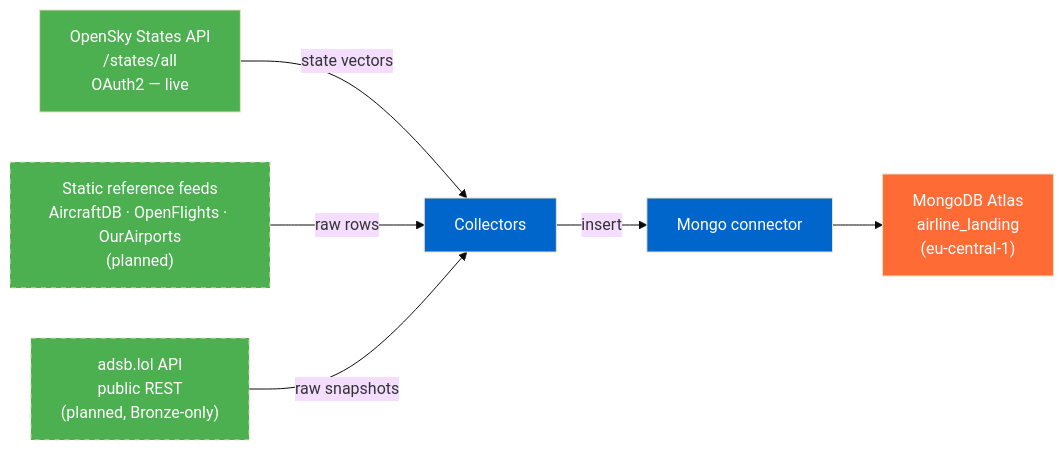
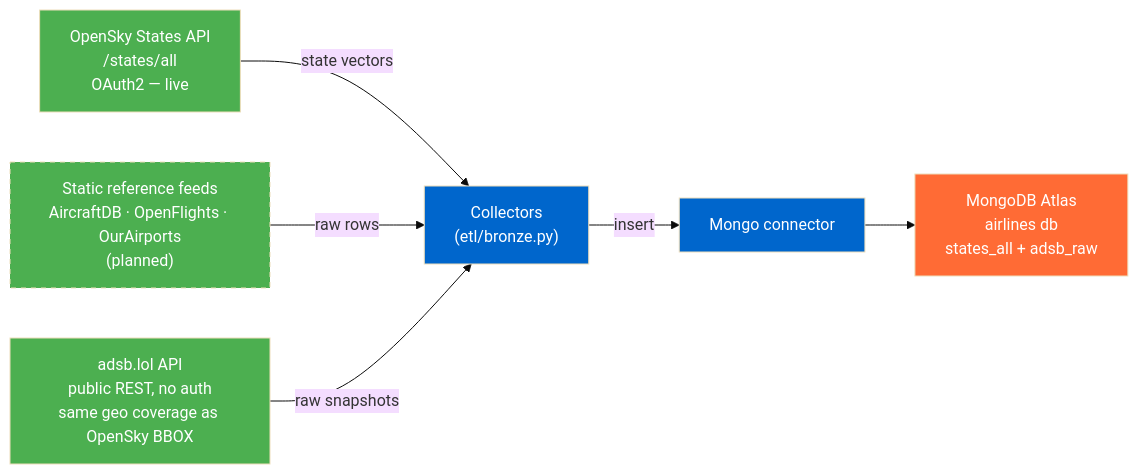
Before and after one commit to MatthiasSails/airline-data-platform: the first of 5 diagrams in docs/architecture/README.md, drawn with Mermaid (base theme). The commit also changed other lines of this file and 8 other files, not shown here.

First line of the commit message:
ETL: adsb.lol Bronze/Silver fallback + production incident fixes (#20)

````diff
--- a/docs/architecture/README.md
+++ b/docs/architecture/README.md
@@ -22,20 +22,20 @@
 ```mermaid
 graph LR
     OS["OpenSky States API<br/>/states/all<br/>OAuth2 — live"]
     REF["Static reference feeds<br/>AircraftDB · OpenFlights · OurAirports<br/>(planned)"]
-    ADSB["adsb.lol API<br/>public REST<br/>(planned, Bronze-only)"]
+    ADSB["adsb.lol API<br/>public REST, no auth<br/>same geo coverage as OpenSky BBOX"]
 
-    OS -->|state vectors| COL["Collectors"]
+    OS -->|state vectors| COL["Collectors<br/>(etl/bronze.py)"]
     REF -->|raw rows| COL
     ADSB -->|raw snapshots| COL
 
     COL -->|insert| CON["Mongo connector"]
-    CON --> MDB["MongoDB Atlas<br/>airline_landing<br/>(eu-central-1)"]
+    CON --> MDB["MongoDB Atlas<br/>airlines db<br/>states_all + adsb_raw"]
 
     style OS fill:#4CAF50,color:#fff
     style REF fill:#4CAF50,color:#fff,stroke-dasharray:5 5
-    style ADSB fill:#4CAF50,color:#fff,stroke-dasharray:5 5
+    style ADSB fill:#4CAF50,color:#fff
     style COL fill:#0066CC,color:#fff
     style CON fill:#0066CC,color:#fff
     style MDB fill:#FF6B35,color:#fff
 ```
````
